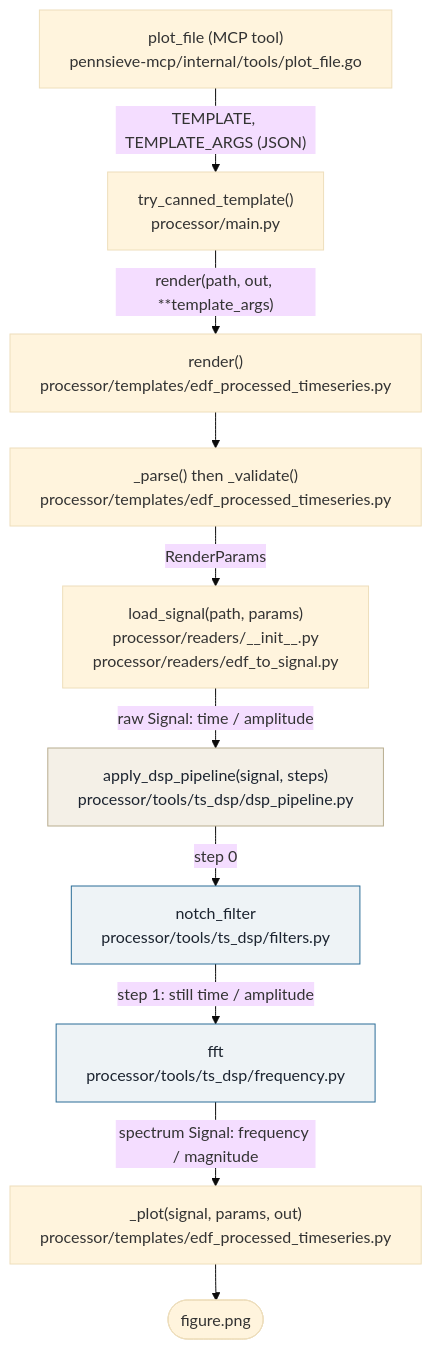
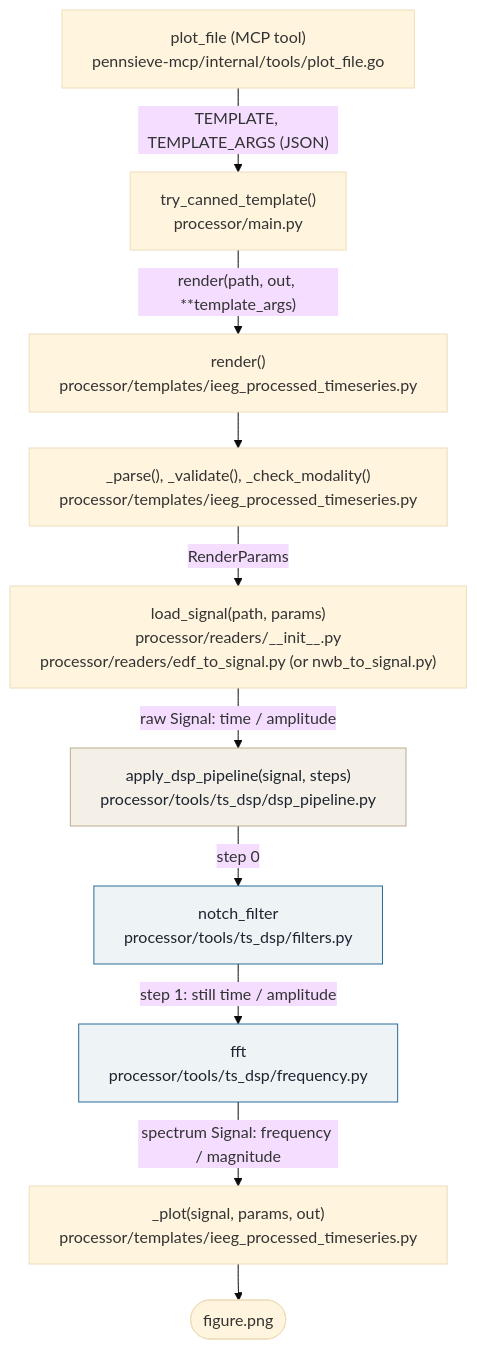
One commit to Pennsieve/pennsieve-quick-plot changed the first of 2 diagrams in processor/README.md. Above: the diagram before and after it, drawn with Mermaid (base theme). The commit also changed other lines of this file and 1 other file, not shown here.

First line of the commit message:
README: NWB input, the prep stage, the three time forms, modality and the rename

````diff
--- a/processor/README.md
+++ b/processor/README.md
@@ -13,29 +15,29 @@
 ```mermaid
 %%{init: {"flowchart": {"wrappingWidth": 420, "nodeSpacing": 30, "rankSpacing": 36}}}%%
 flowchart TD
     MCP["plot_file (MCP tool)<br/>pennsieve-mcp/internal/tools/plot_file.go"]
     MAIN["try_canned_template()<br/>processor/main.py"]
-    RENDER["render()<br/>processor/templates/edf_processed_timeseries.py"]
-    PARSE["_parse() then _validate()<br/>processor/templates/edf_processed_timeseries.py"]
-    LOAD["load_signal(path, params)<br/>processor/readers/__init__.py<br/>processor/readers/edf_to_signal.py"]
+    RENDER["render()<br/>processor/templates/ieeg_processed_timeseries.py"]
+    PARSE["_parse(), _validate(), _check_modality()<br/>processor/templates/ieeg_processed_timeseries.py"]
+    LOAD["load_signal(path, params)<br/>processor/readers/__init__.py<br/>processor/readers/edf_to_signal.py (or nwb_to_signal.py)"]
     PIPE["apply_dsp_pipeline(signal, steps)<br/>processor/tools/ts_dsp/dsp_pipeline.py"]
     T0["notch_filter<br/>processor/tools/ts_dsp/filters.py"]
     T1["fft<br/>processor/tools/ts_dsp/frequency.py"]
-    PLOT["_plot(signal, params, out)<br/>processor/templates/edf_processed_timeseries.py"]
+    PLOT["_plot(signal, params, out)<br/>processor/templates/ieeg_processed_timeseries.py"]
     PNG(["figure.png"])
 
     MCP -- "TEMPLATE, TEMPLATE_ARGS (JSON)" --> MAIN
     MAIN -- "render(path, out, **template_args)" --> RENDER
     RENDER --> PARSE
     PARSE -- "RenderParams" --> LOAD
     LOAD -- "raw Signal: time / amplitude" --> PIPE
     PIPE -- "step 0" --> T0
     T0 -- "step 1: still time / amplitude" --> T1
     T1 -- "spectrum Signal: frequency / magnitude" --> PLOT
     PLOT --> PNG
 
     classDef tool fill:#eef3f6,stroke:#2a6c97,color:#1c2430;
     classDef runner fill:#f4f0e7,stroke:#b8ad8f,color:#1c2430;
     class T0,T1 tool;
     class PIPE runner;
 ```
````
